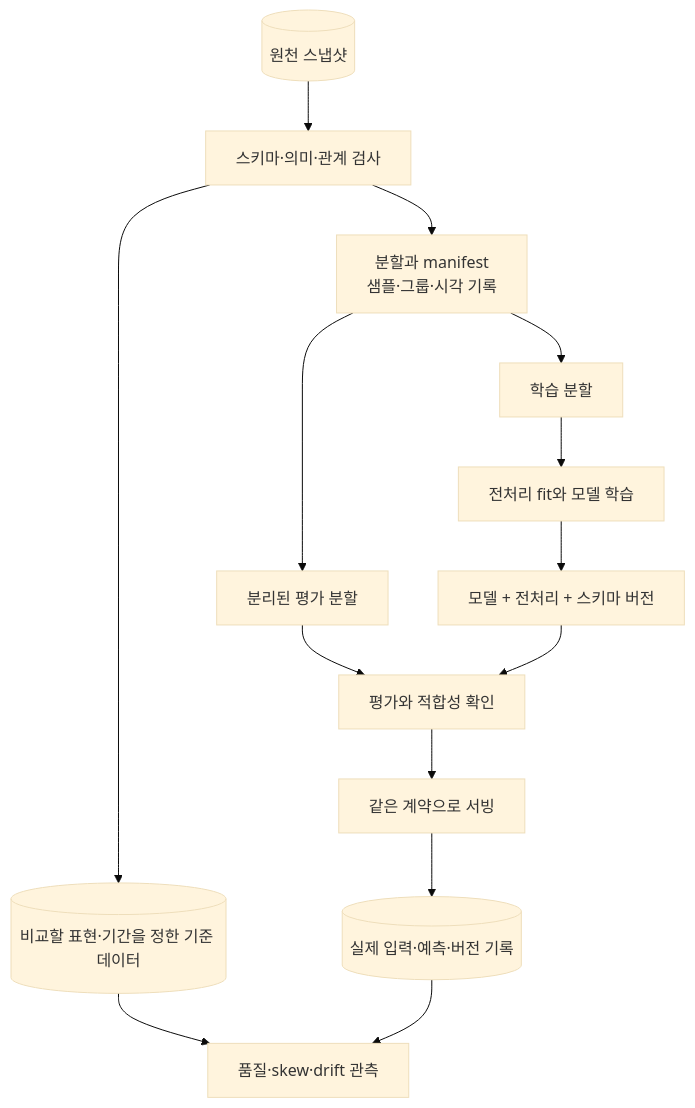
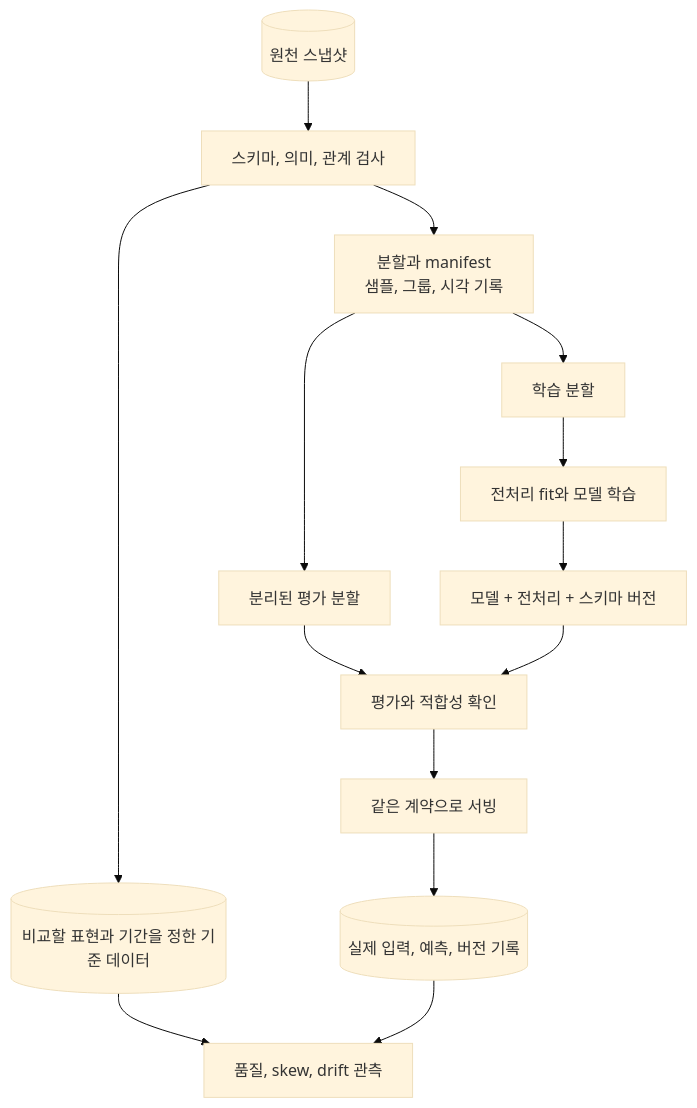
The third of 6 diagrams in content/docs/tech/machine-learning-platform-engineering/07-data-preparation.md (johklo/johklo.github.io), drawn with Mermaid (base theme) before and after one commit. The commit also changed other lines of this file and 6 other files, not shown here.

````diff
--- a/content/docs/tech/machine-learning-platform-engineering/07-data-preparation.md
+++ b/content/docs/tech/machine-learning-platform-engineering/07-data-preparation.md
@@ -206,18 +231,18 @@
 ```mermaid
 flowchart TD
     accTitle: 데이터 준비에서 학습, 서빙과 관측으로 이어지는 계약
     accDescr: 원천 스냅샷을 스키마와 의미 규칙으로 검증하고 분할 이력을 남긴다. 학습 데이터로 fit한 전처리는 모델과 함께 버전으로 관리한다. 서빙은 호환되는 계약을 사용하고 실제 입력을 기록한다. 모니터링은 같은 표현의 기준 데이터와 서빙 입력을 비교한다.
-    RAW[("원천 스냅샷")] --> QA["스키마·의미·관계 검사"]
-    QA --> SPLIT["분할과 manifest<br/>샘플·그룹·시각 기록"]
+    RAW[("원천 스냅샷")] --> QA["스키마, 의미, 관계 검사"]
+    QA --> SPLIT["분할과 manifest<br/>샘플, 그룹, 시각 기록"]
     SPLIT --> TRAIN["학습 분할"]
     SPLIT --> EVAL["분리된 평가 분할"]
     TRAIN --> FIT["전처리 fit와 모델 학습"]
     FIT --> BUNDLE["모델 + 전처리 + 스키마 버전"]
     EVAL --> CHECK["평가와 적합성 확인"]
     BUNDLE --> CHECK
     CHECK --> SERVE["같은 계약으로 서빙"]
-    QA --> REF[("비교할 표현·기간을 정한 기준 데이터")]
-    SERVE --> LOG[("실제 입력·예측·버전 기록")]
-    REF --> MON["품질·skew·drift 관측"]
+    QA --> REF[("비교할 표현과 기간을 정한 기준 데이터")]
+    SERVE --> LOG[("실제 입력, 예측, 버전 기록")]
+    REF --> MON["품질, skew, drift 관측"]
     LOG --> MON
 ```
````
